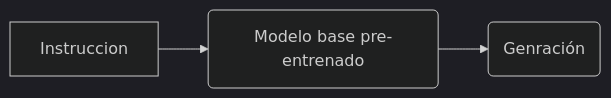
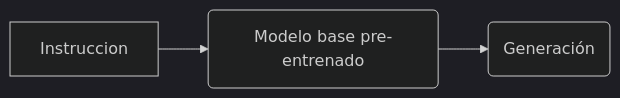
Before and after one commit to ensamblador/generative-ai-chat-application: the third of 3 diagrams in 01-personal-assistant/readme.md, drawn with Mermaid (dark theme).

Commit message:
typo readme

````diff
--- a/01-personal-assistant/readme.md
+++ b/01-personal-assistant/readme.md
@@ -298,5 +298,5 @@
 ```mermaid
 graph LR
 A[Instruccion] --> B(Modelo base pre-entrenado)
-B --> C(Genración) 
+B --> C(Generación) 
 ```
````
